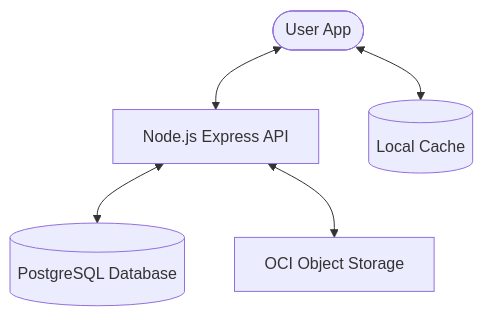
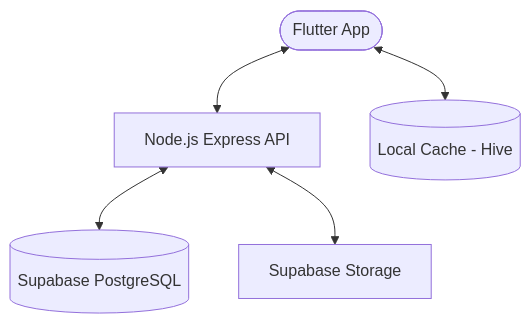
Before and after one commit to CharlieStroke/spotify-clone-flutter: the diagram in README.md, drawn with Mermaid. The commit also changed other lines of this file, not shown here.

````diff
--- a/README.md
+++ b/README.md
@@ -36,7 +48,7 @@
 ```mermaid
 graph TD
-    User([User App]) <--> API[Node.js Express API]
-    API <--> DB[(PostgreSQL Database)]
-    API <--> OCI[OCI Object Storage]
-    User <--> Hive[(Local Cache)]
+    App([Flutter App]) <--> API[Node.js Express API]
+    API <--> DB[(Supabase PostgreSQL)]
+    API <--> Storage[Supabase Storage]
+    App <--> Hive[(Local Cache - Hive)]
 ```
````
